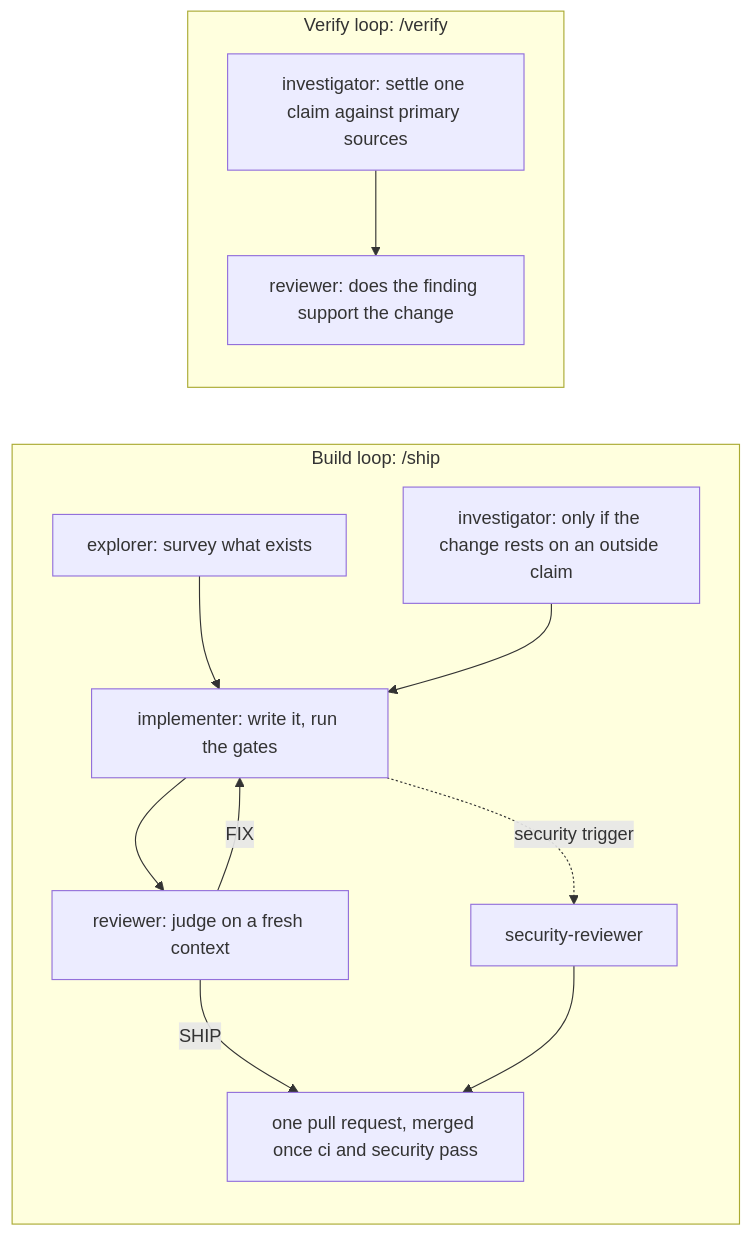
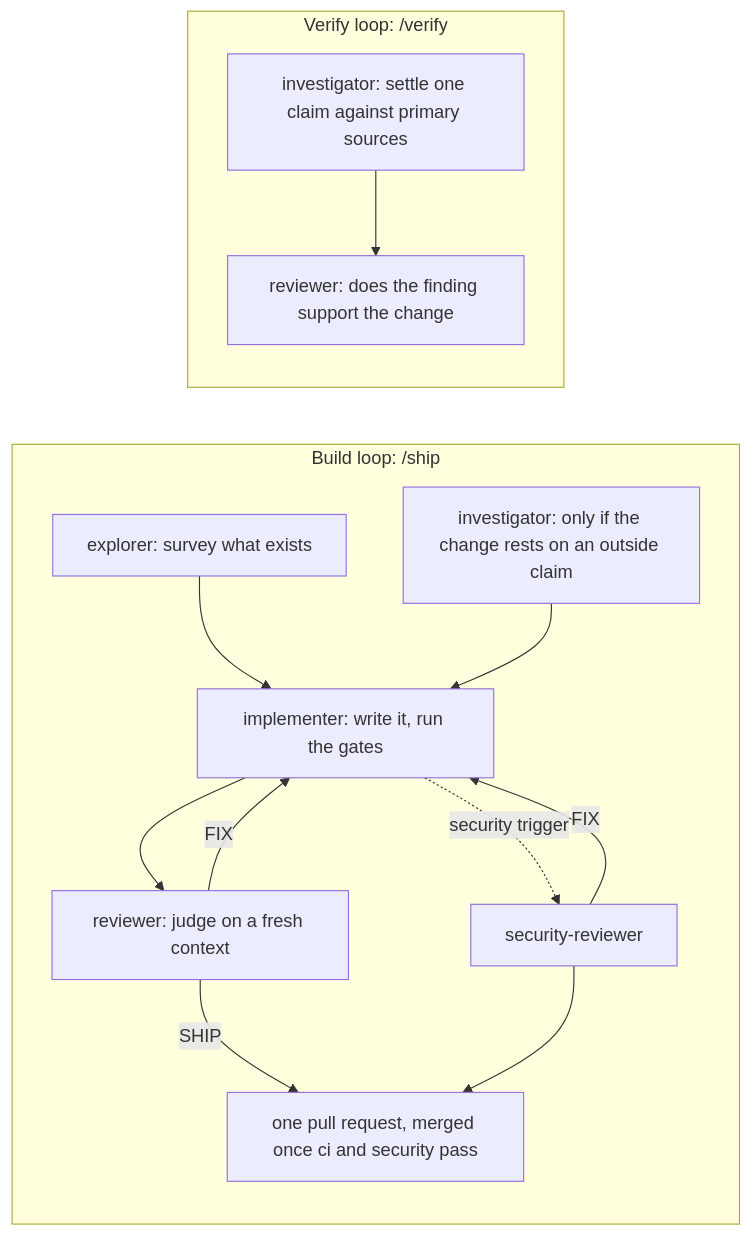
One commit to greenblacked/AI changed the first of 2 diagrams in README.md. Above: the diagram before and after it, drawn with Mermaid. The commit also changed other lines of this file, not shown here.

````diff
--- a/README.md
+++ b/README.md
@@ -112,15 +113,16 @@
 ```mermaid
 flowchart LR
   subgraph build["Build loop: /ship"]
     EX["explorer: survey what exists"] --> IM["implementer: write it, run the gates"]
     IV["investigator: only if the change rests on an outside claim"] --> IM
     IM --> RV["reviewer: judge on a fresh context"]
     IM -.->|"security trigger"| SR["security-reviewer"]
     RV -->|"FIX"| IM
     RV -->|"SHIP"| PR["one pull request, merged once ci and security pass"]
     SR --> PR
+    SR -->|"FIX"| IM
   end
   subgraph verify["Verify loop: /verify"]
     IV2["investigator: settle one claim against primary sources"] --> RV2["reviewer: does the finding support the change"]
   end
 ```
````
